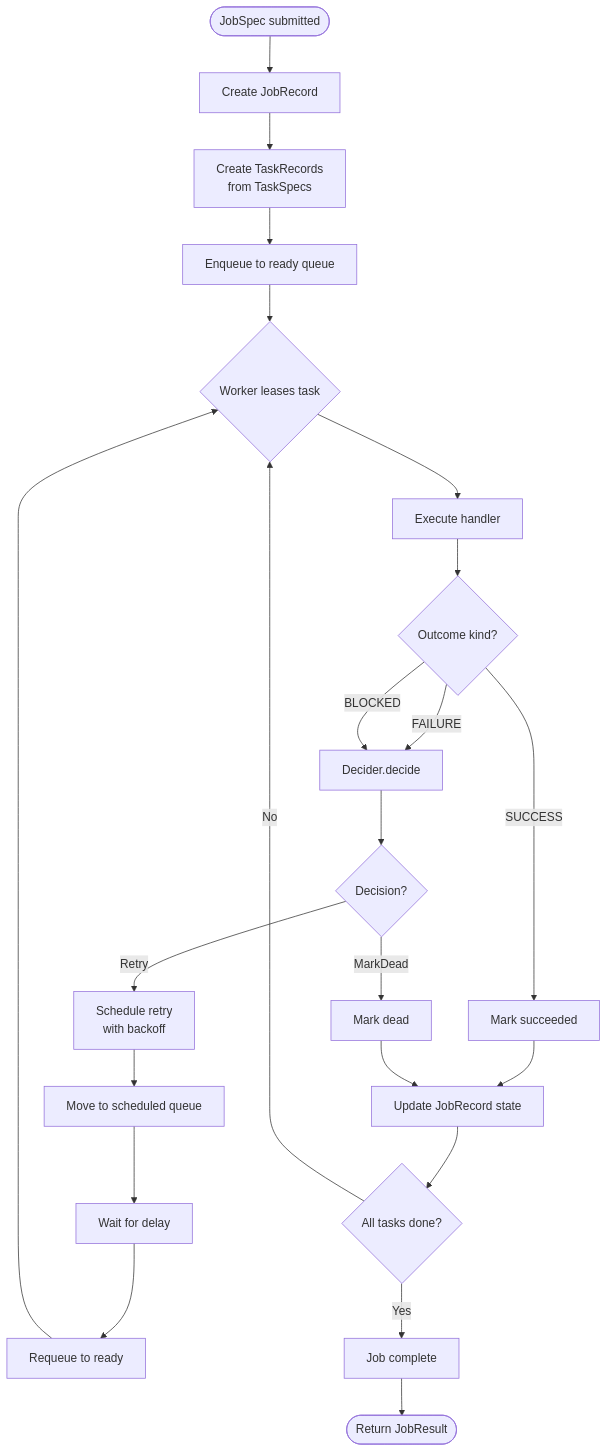
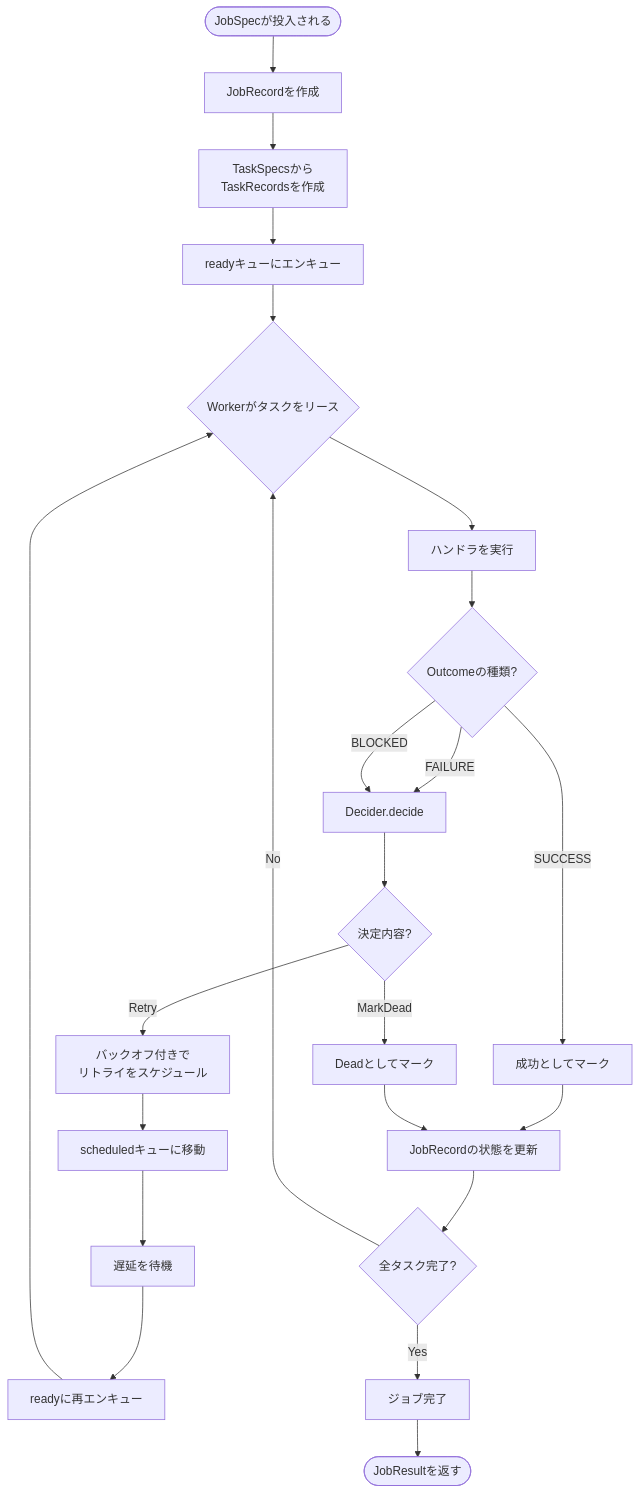
Before and after one commit to kamojiro/weaver: the third of 5 diagrams in dev/docs/architecture/README.md, drawn with Mermaid. The commit also changed other lines of this file and 2 other files, not shown here.

````diff
--- a/dev/docs/architecture/README.md
+++ b/dev/docs/architecture/README.md
@@ -212,31 +212,31 @@
 ```mermaid
 flowchart TD
-    Start([JobSpec submitted]) --> CreateJob[Create JobRecord]
-    CreateJob --> CreateTasks[Create TaskRecords<br/>from TaskSpecs]
-    CreateTasks --> Enqueue[Enqueue to ready queue]
+    Start([JobSpecが投入される]) --> CreateJob[JobRecordを作成]
+    CreateJob --> CreateTasks[TaskSpecsから<br/>TaskRecordsを作成]
+    CreateTasks --> Enqueue[readyキューにエンキュー]
 
-    Enqueue --> Lease{Worker leases task}
-    Lease --> Execute[Execute handler]
-    Execute --> Outcome{Outcome kind?}
+    Enqueue --> Lease{Workerがタスクをリース}
+    Lease --> Execute[ハンドラを実行]
+    Execute --> Outcome{Outcomeの種類?}
 
-    Outcome -->|SUCCESS| MarkSuccess[Mark succeeded]
+    Outcome -->|SUCCESS| MarkSuccess[成功としてマーク]
     Outcome -->|FAILURE| Decide[Decider.decide]
     Outcome -->|BLOCKED| Decide
 
-    Decide --> Decision{Decision?}
-    Decision -->|Retry| ScheduleRetry[Schedule retry<br/>with backoff]
-    Decision -->|MarkDead| MarkDead[Mark dead]
+    Decide --> Decision{決定内容?}
+    Decision -->|Retry| ScheduleRetry[バックオフ付きで<br/>リトライをスケジュール]
+    Decision -->|MarkDead| MarkDead[Deadとしてマーク]
 
-    ScheduleRetry --> RetryQueue[Move to scheduled queue]
-    RetryQueue --> WaitBackoff[Wait for delay]
-    WaitBackoff --> Requeue[Requeue to ready]
+    ScheduleRetry --> RetryQueue[scheduledキューに移動]
+    RetryQueue --> WaitBackoff[遅延を待機]
+    WaitBackoff --> Requeue[readyに再エンキュー]
     Requeue --> Lease
 
-    MarkSuccess --> UpdateJob[Update JobRecord state]
+    MarkSuccess --> UpdateJob[JobRecordの状態を更新]
     MarkDead --> UpdateJob
-    UpdateJob --> CheckComplete{All tasks done?}
-    CheckComplete -->|Yes| JobComplete[Job complete]
+    UpdateJob --> CheckComplete{全タスク完了?}
+    CheckComplete -->|Yes| JobComplete[ジョブ完了]
     CheckComplete -->|No| Lease
 
-    JobComplete --> End([Return JobResult])
+    JobComplete --> End([JobResultを返す])
 ```
````
